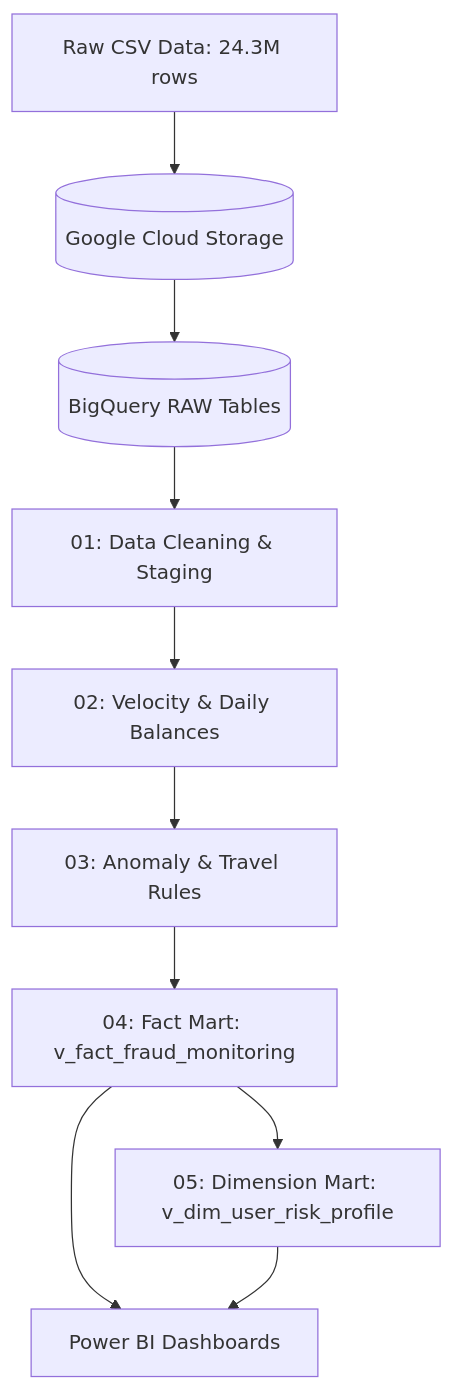
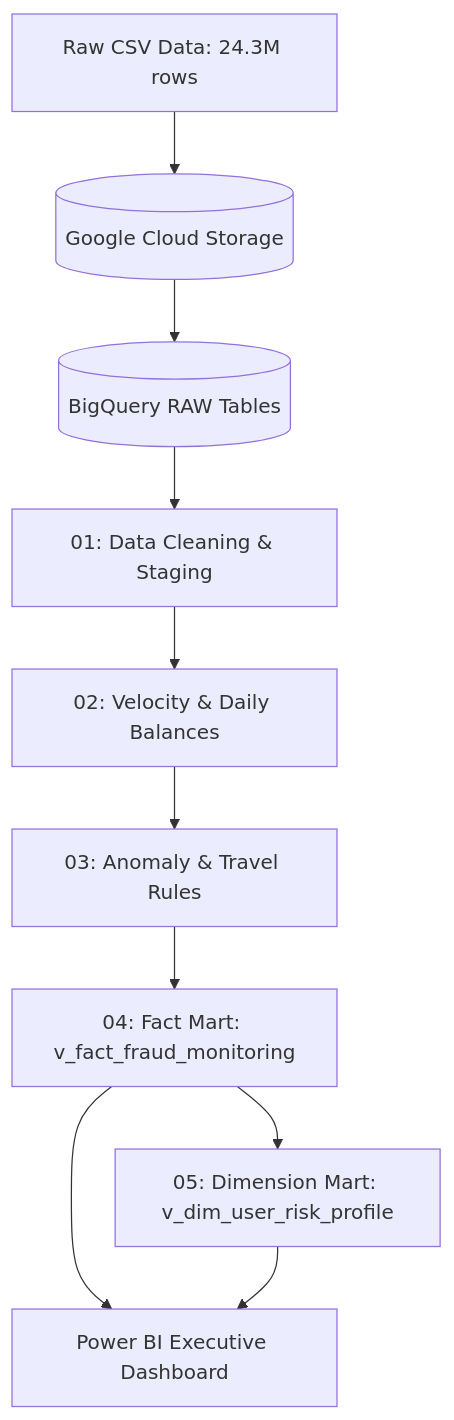
Before and after one commit to MarcinKuriata/banking-fraud-risk-analytics-sql: the diagram in README.md, drawn with Mermaid. The commit also changed other lines of this file and 3 other files, not shown here.

````diff
--- a/README.md
+++ b/README.md
@@ -12,12 +34,12 @@
 ```mermaid
 flowchart TD
     A[Raw CSV Data: 24.3M rows] --> B[(Google Cloud Storage)]
     B --> C[(BigQuery RAW Tables)]
     C --> D[01: Data Cleaning & Staging]
     D --> E[02: Velocity & Daily Balances]
     E --> F[03: Anomaly & Travel Rules]
     F --> G[04: Fact Mart: v_fact_fraud_monitoring]
     G --> H[05: Dimension Mart: v_dim_user_risk_profile]
-    G --> I[Power BI Dashboards]
+    G --> I[Power BI Executive Dashboard]
     H --> I
 ```
````
